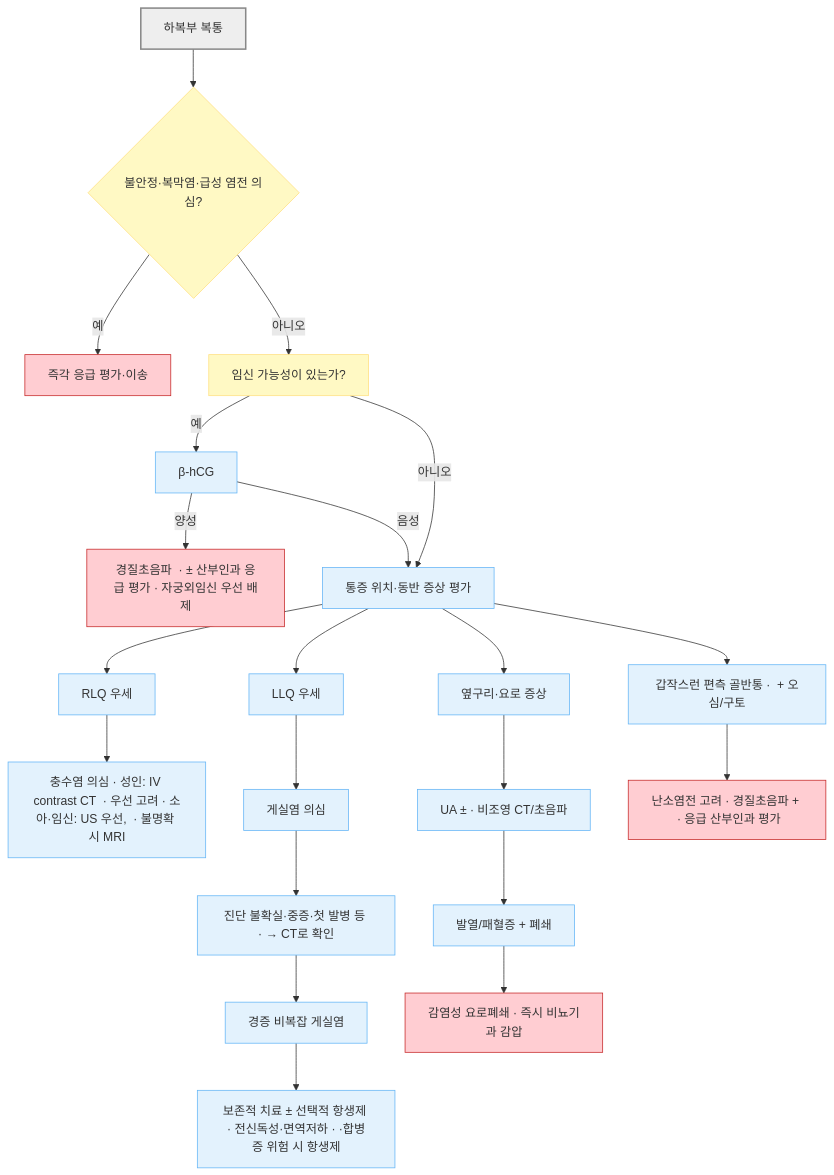
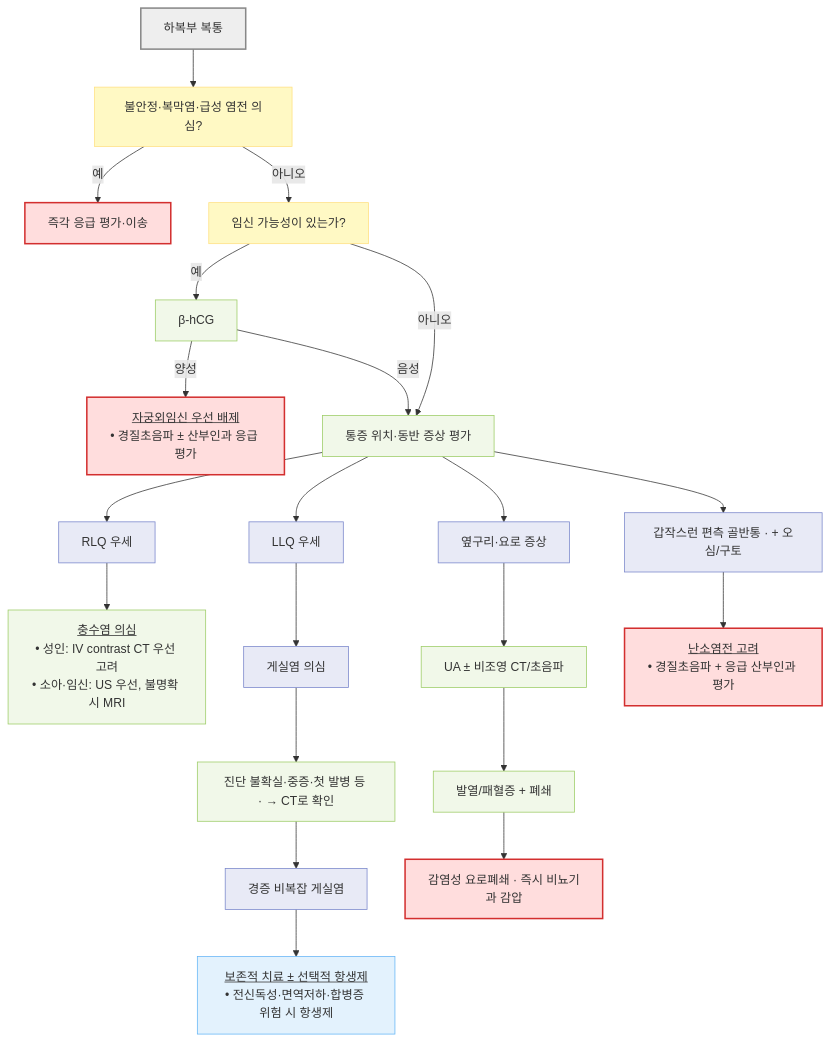
Before and after one commit to familyoh77/familyoh77: the second of 3 diagrams in 220_/003_-abdominal-pain.md, drawn with Mermaid. The commit also changed other lines of this file and 13 other files, not shown here.

````diff
--- a/220_/003_-abdominal-pain.md
+++ b/220_/003_-abdominal-pain.md
@@ -250,31 +253,36 @@
 ```mermaid
 flowchart TD
-    A["하복부 복통"] --> U{"불안정·복막염·급성 염전 의심?"}
+    A["하복부 복통"] --> U["불안정·복막염·급성 염전 의심?"]
     U -- "예" --> V["즉각 응급 평가·이송"]
     U -- "아니오" --> B["임신 가능성이 있는가?"]
     B -- "예" --> C["β-hCG"]
-    C -- "양성" --> E["`경질초음파  · ± 산부인과 응급 평가 · 자궁외임신 우선 배제`"]
+    C -- "양성" --> E["<u>자궁외임신 우선 배제</u><br/>• 경질초음파 ± 산부인과 응급 평가"]
     C -- "음성" --> G
     B -- "아니오" --> G["통증 위치·동반 증상 평가"]
-
     G --> H["RLQ 우세"]
-    H --> I["`충수염 의심 · 성인: IV contrast CT  · 우선 고려 · 소아·임신: US 우선,  · 불명확 시 MRI`"]
+    H --> I["<u>충수염 의심</u><br/>• 성인: IV contrast CT 우선 고려<br/>• 소아·임신: US 우선, 불명확 시 MRI"]
     G --> J["LLQ 우세"]
     J --> K["게실염 의심"]
     K --> L["진단 불확실·중증·첫 발병 등 · → CT로 확인"]
     L --> M["경증 비복잡 게실염"]
-    M --> N["`보존적 치료 ± 선택적 항생제 · 전신독성·면역저하 · ·합병증 위험 시 항생제`"]
+    M --> N["<u>보존적 치료 ± 선택적 항생제</u><br/>• 전신독성·면역저하·합병증 위험 시 항생제"]
     G --> O["옆구리·요로 증상"]
-    O --> P["UA ±  · 비조영 CT/초음파"]
+    O --> P["UA ± 비조영 CT/초음파"]
     P --> Q["발열/패혈증 + 폐쇄"]
     Q --> R["감염성 요로폐쇄 · 즉시 비뇨기과 감압"]
-    G --> S["갑작스런 편측 골반통 ·  + 오심/구토"]
-    S --> T["`난소염전 고려 · 경질초음파 +  · 응급 산부인과 평가`"]
-    classDef red fill:#ffcdd2,stroke:#c62828
-    class E,R,T,V red
-    classDef yellow fill:#fff9c4,stroke:#ffe082
-    class B,U yellow
+    G --> S["갑작스런 편측 골반통 · + 오심/구토"]
+    S --> T["<u>난소염전 고려</u><br/>• 경질초음파 + 응급 산부인과 평가"]
+
+    classDef start fill:#eeeeee,stroke:#888888,stroke-width:2px
+    classDef question fill:#fff9c4,stroke:#ffe082
+    classDef emergency fill:#ffdddd,stroke:#d32f2f,stroke-width:2px
+    classDef evaluation fill:#f1f8e9,stroke:#9ccc65
     classDef treatment fill:#e3f2fd,stroke:#64b5f6
-    class C,G,H,I,J,K,L,M,N,O,P,Q,S treatment
-    style A fill:#eeeeee,stroke:#888888,stroke-width:2px
+    classDef followup fill:#e8eaf6,stroke:#7986cb
+    class A start
+    class U,B question
+    class V,E,R,T emergency
+    class C,G,I,L,P,Q evaluation
+    class N treatment
+    class H,J,K,M,O,S followup
 ```
````
